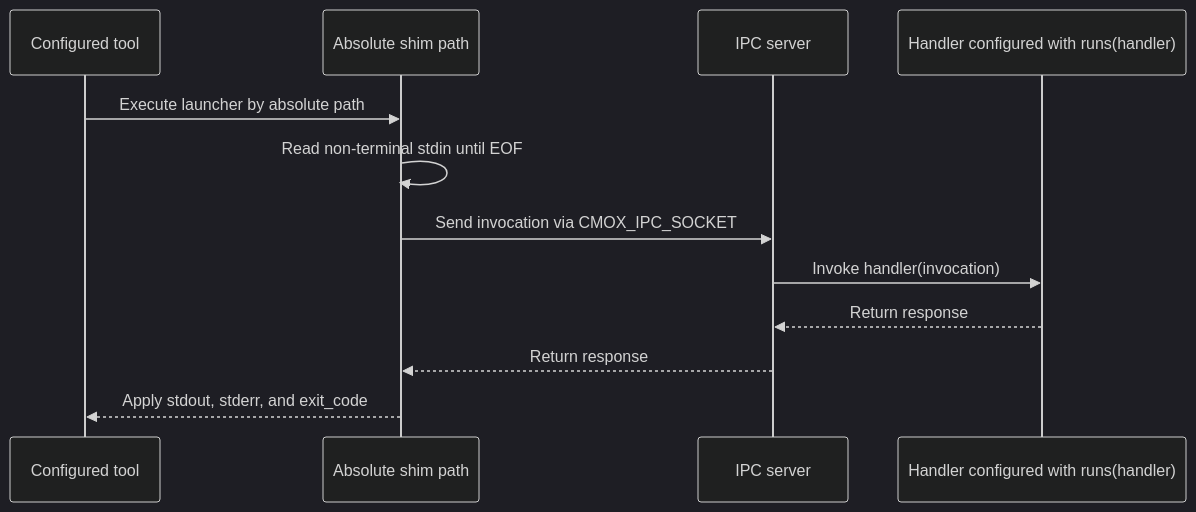
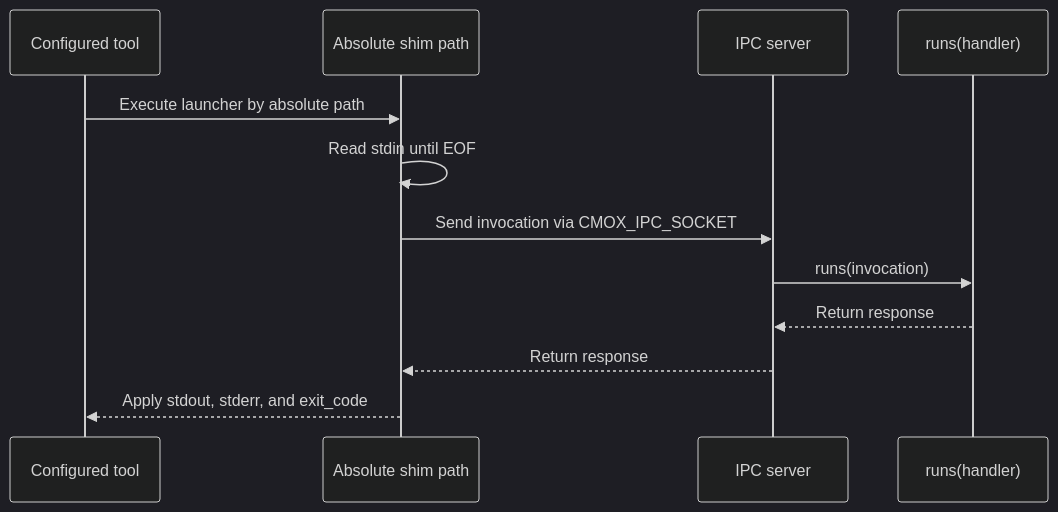
Before and after one commit to leynos/cmd-mox: the fourth of 28 diagrams in docs/python-native-command-mocking-design.md, drawn with Mermaid (dark theme). The commit also changed other lines of this file and 1 other file, not shown here.

Commit message:
Refine shim diagram and guide wording (#225)
Use the requested sequence labels and add a neutral description that screen
readers can read. Rephrase the `with_args` explanation so the example clearly
accepts both invocation forms.

````diff
--- a/docs/python-native-command-mocking-design.md
+++ b/docs/python-native-command-mocking-design.md
@@ -591,15 +591,15 @@
 ```mermaid
 sequenceDiagram
     participant Tool as Configured tool
     participant Shim as Absolute shim path
     participant Server as IPC server
-    participant Handler as Handler configured with runs(handler)
+    participant Handler as runs(handler)
 
     Tool->>Shim: Execute launcher by absolute path
-    Shim->>Shim: Read non-terminal stdin until EOF
+    Shim->>Shim: Read stdin until EOF
     Shim->>Server: Send invocation via CMOX_IPC_SOCKET
-    Server->>Handler: Invoke handler(invocation)
+    Server->>Handler: runs(invocation)
     Handler-->>Server: Return response
     Server-->>Shim: Return response
     Shim-->>Tool: Apply stdout, stderr, and exit_code
 ```
````
